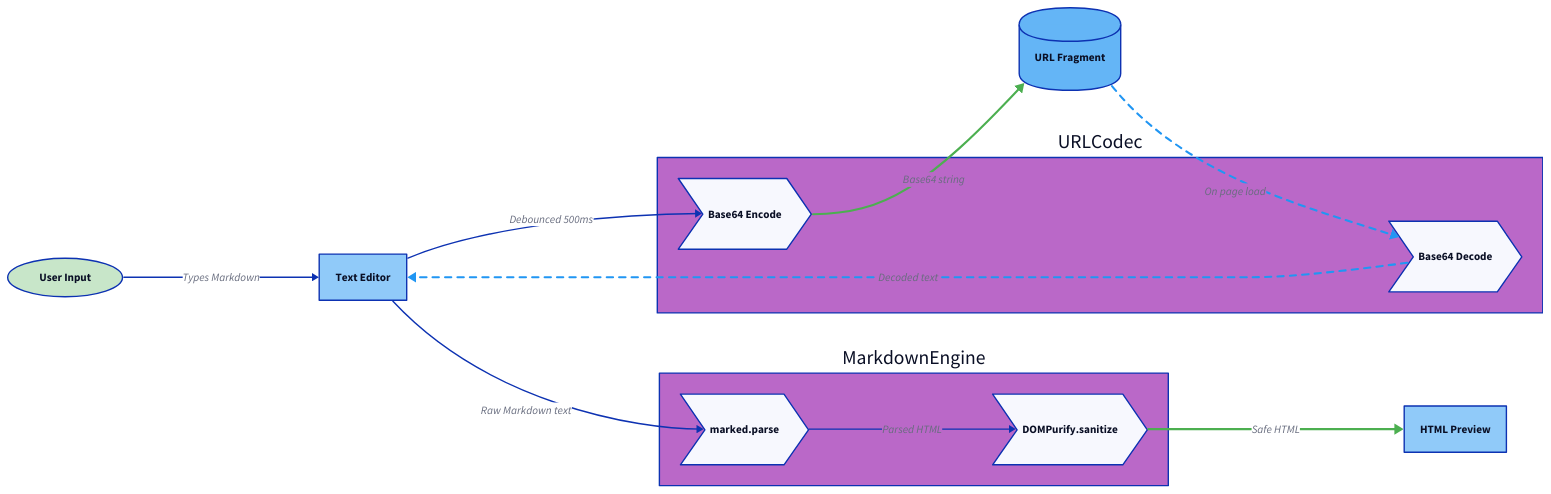
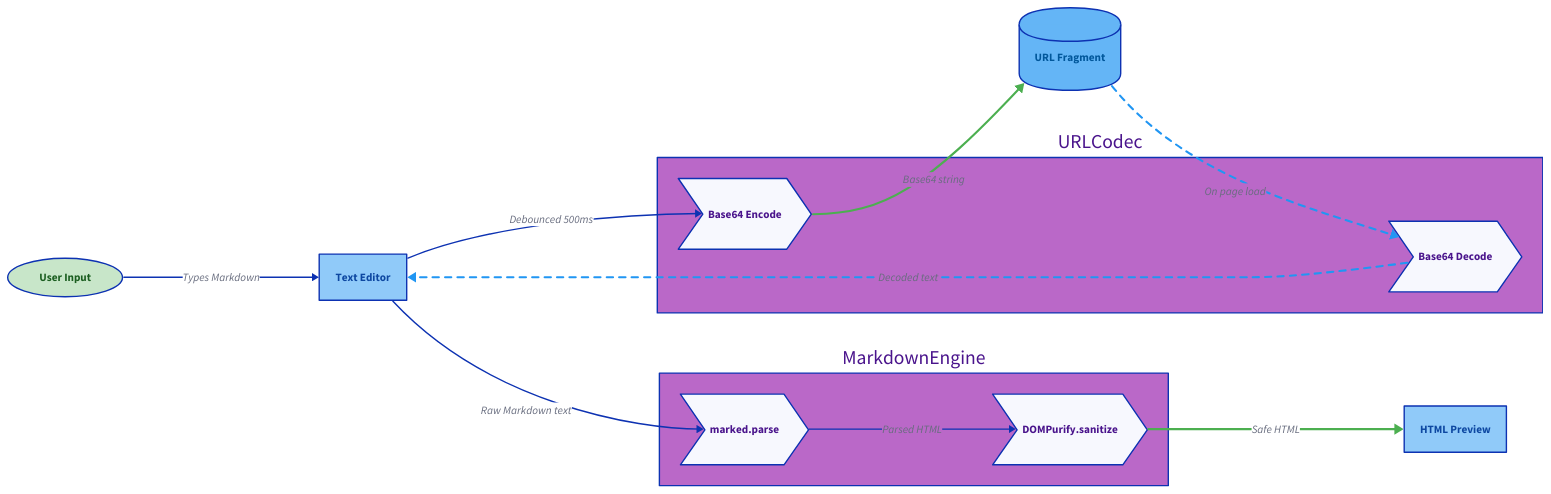
Before and after one commit to ngroegli/linknote: the diagram in docs/drawings/data-flow.d2, drawn with D2. The commit also changed 6 other files, not shown here.

```diff
--- a/docs/drawings/data-flow.d2
+++ b/docs/drawings/data-flow.d2
@@ -1,74 +1,84 @@
 direction: right
 
 user_input: User Input {
   shape: oval
   style.fill: "#c8e6c9"
+  style.font-color: "#1b5e20"
 }
 
 editor: Text Editor {
   shape: rectangle
   style.fill: "#90caf9"
+  style.font-color: "#0d47a1"
 }
 
 urlcodec: URLCodec {
   shape: rectangle
   style.fill: "#ba68c8"
+  style.font-color: "#4a148c"
 
   encode: Base64 Encode {
     shape: step
+    style.font-color: "#4a148c"
   }
 
   decode: Base64 Decode {
     shape: step
+    style.font-color: "#4a148c"
   }
 }
 
 markdown: MarkdownEngine {
   shape: rectangle
   style.fill: "#ba68c8"
+  style.font-color: "#4a148c"
 
   parse: marked.parse {
     shape: step
+    style.font-color: "#4a148c"
   }
 
   sanitize: DOMPurify.sanitize {
     shape: step
+    style.font-color: "#4a148c"
   }
 }
 
 preview: HTML Preview {
   shape: rectangle
   style.fill: "#90caf9"
+  style.font-color: "#0d47a1"
 }
 
 url_fragment: URL Fragment {
   shape: cylinder
   style.fill: "#64b5f6"
+  style.font-color: "#01579b"
 }
 
 # Forward flow (User writes)
 user_input -> editor: Types Markdown
 editor -> markdown.parse: Raw Markdown text
 markdown.parse -> markdown.sanitize: Parsed HTML
 markdown.sanitize -> preview: Safe HTML {
   style.stroke: "#4caf50"
   style.stroke-width: 3
 }
 
 editor -> urlcodec.encode: Debounced 500ms
 urlcodec.encode -> url_fragment: Base64 string {
   style.stroke: "#4caf50"
   style.stroke-width: 3
 }
 
 # Backward flow (Page load)
 url_fragment -> urlcodec.decode: On page load {
   style.stroke: "#2196f3"
   style.stroke-width: 3
   style.stroke-dash: 3
 }
 urlcodec.decode -> editor: Decoded text {
   style.stroke: "#2196f3"
   style.stroke-width: 3
   style.stroke-dash: 3
 }
```
